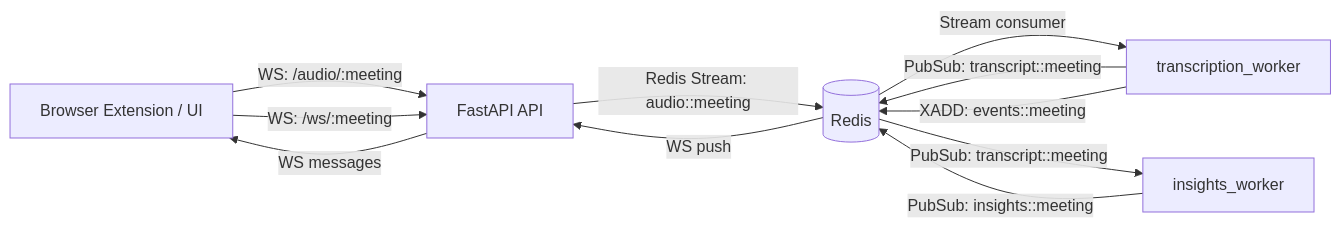
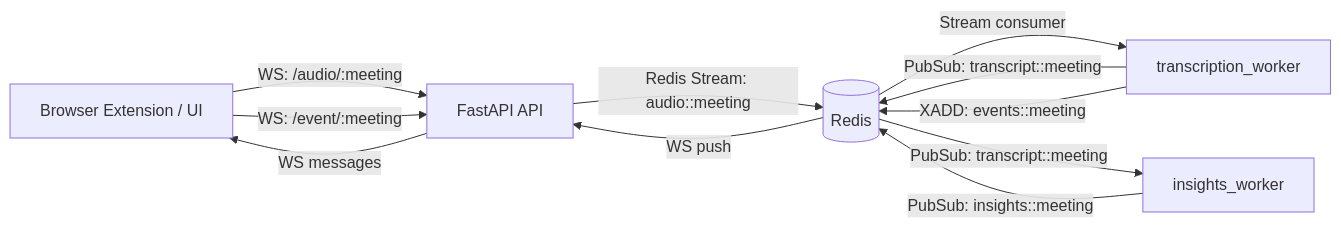
One commit to GuuhRodrigues/context_ai_plugin changed the first of 2 diagrams in README.md. Above: the diagram before and after it, drawn with Mermaid. The commit also changed other lines of this file and 10 other files, not shown here.

````diff
--- a/README.md
+++ b/README.md
@@ -37,13 +36,13 @@
 ```mermaid
 flowchart LR
   A[Browser Extension / UI] -->|WS: /audio/:meeting| B[FastAPI API]
-  A -->|WS: /ws/:meeting| B
+  A -->|WS: /event/:meeting| B
   B -->|Redis Stream: audio::meeting| R[(Redis)]
   R -->|Stream consumer| T[transcription_worker]
   T -->|PubSub: transcript::meeting| R
   T -->|XADD: events::meeting| R
   R -->|PubSub: transcript::meeting| I[insights_worker]
   I -->|PubSub: insights::meeting| R
   R -->|WS push| B
   B -->|WS messages| A
 ```
````
